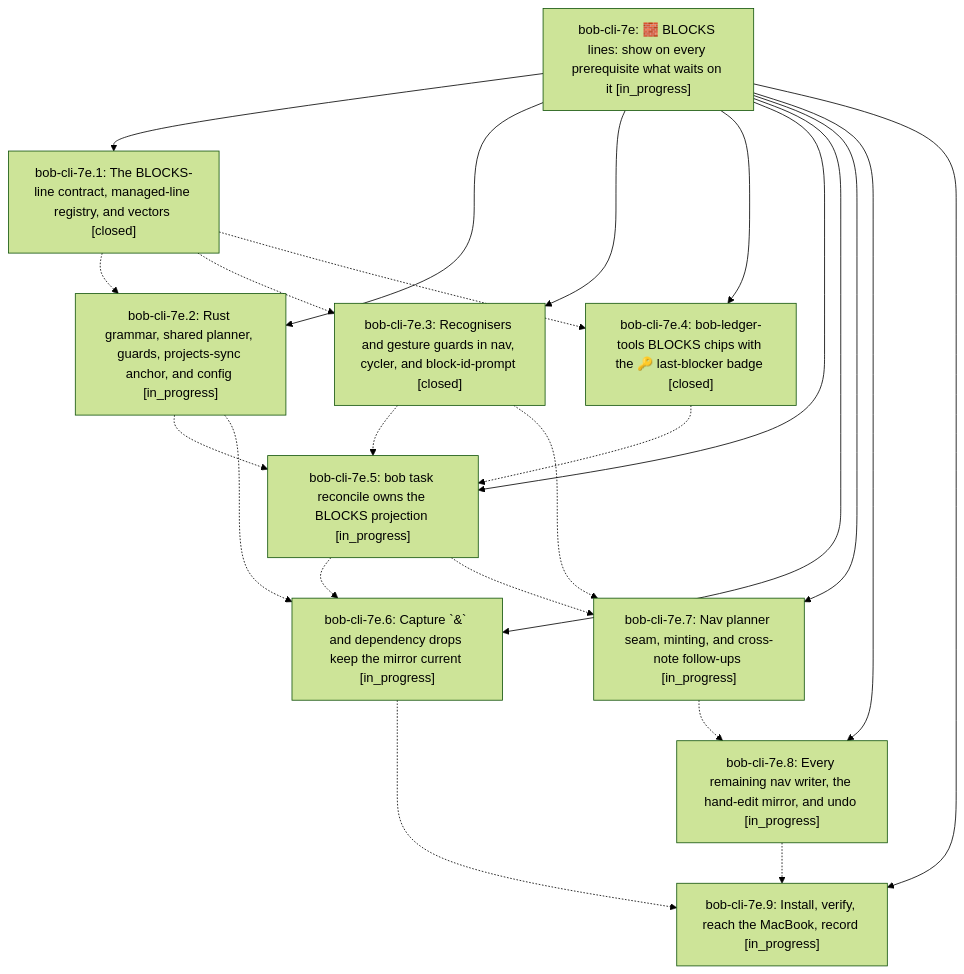
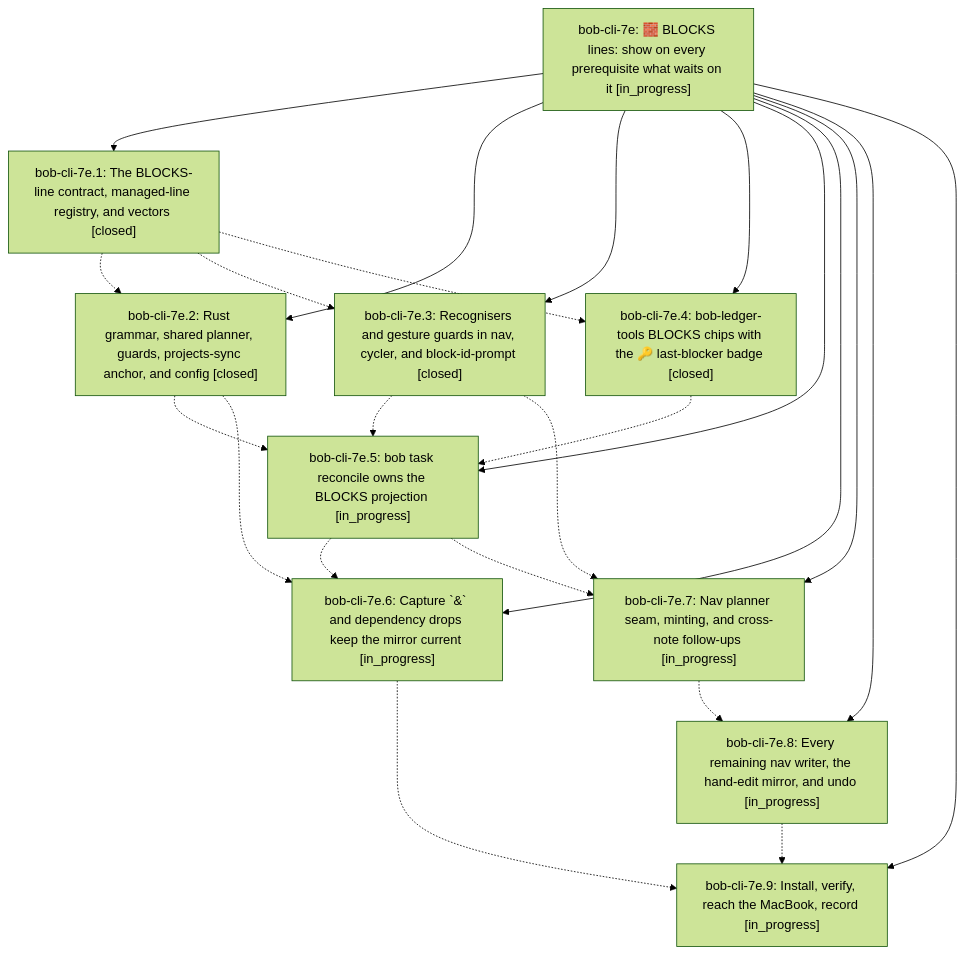
The diagram in pages/bob-cli-7e/README.md (bobs-org/bob-cli--beads), drawn with Mermaid (forest theme) before and after one commit. The commit also changed other lines of this file and 5 other files, not shown here.

First line of the commit message:
chore(beads): sync bead state and pages for bob-cli-7e

````diff
--- a/pages/bob-cli-7e/README.md
+++ b/pages/bob-cli-7e/README.md
@@ -42,35 +42,35 @@
 ```mermaid
 flowchart TD
     n0["bob-cli-7e: 🧱 BLOCKS lines: show on every prerequisite what waits on it [in_progress]"]
     n1["bob-cli-7e.1: The BLOCKS-line contract, managed-line registry, and vectors [closed]"]
-    n2["bob-cli-7e.2: Rust grammar, shared planner, guards, projects-sync anchor, and config [in_progress]"]
+    n2["bob-cli-7e.2: Rust grammar, shared planner, guards, projects-sync anchor, and config [closed]"]
     n3["bob-cli-7e.3: Recognisers and gesture guards in nav, cycler, and block-id-prompt [closed]"]
     n4["bob-cli-7e.4: bob-ledger-tools BLOCKS chips with the 🔑 last-blocker badge [closed]"]
     n5["bob-cli-7e.5: bob task reconcile owns the BLOCKS projection [in_progress]"]
     n6["bob-cli-7e.6: Capture `&` and dependency drops keep the mirror current [in_progress]"]
     n7["bob-cli-7e.7: Nav planner seam, minting, and cross-note follow-ups [in_progress]"]
     n8["bob-cli-7e.8: Every remaining nav writer, the hand-edit mirror, and undo [in_progress]"]
     n9["bob-cli-7e.9: Install, verify, reach the MacBook, record [in_progress]"]
     n0 --> n1
     n0 --> n2
     n0 --> n3
     n0 --> n4
     n0 --> n5
     n0 --> n6
     n0 --> n7
     n0 --> n8
     n0 --> n9
     n1 -.-> n2
     n1 -.-> n3
     n1 -.-> n4
     n2 -.-> n5
     n2 -.-> n6
     n3 -.-> n5
     n3 -.-> n7
     n4 -.-> n5
     n5 -.-> n6
     n5 -.-> n7
     n6 -.-> n9
     n7 -.-> n8
     n8 -.-> n9
 ```
````
